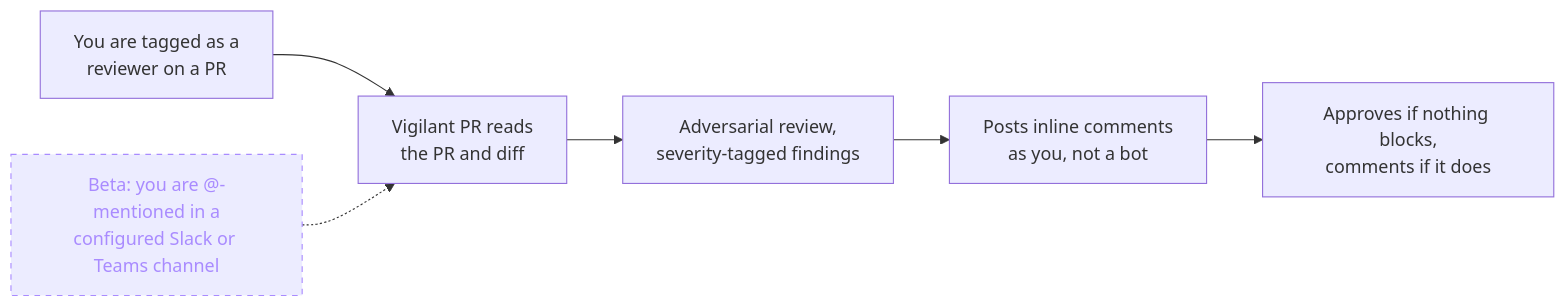
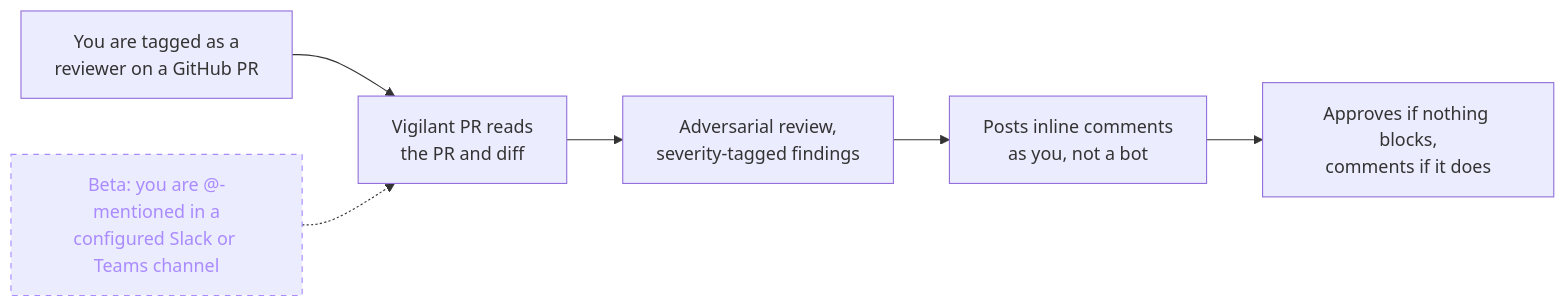
One commit to tllongdev/vigilant-pr changed the diagram in README.md. Above: the diagram before and after it, drawn with Mermaid.

Commit message:
README: clarify first flow box is a GitHub PR (GitHub-only for now)

````diff
--- a/README.md
+++ b/README.md
@@ -16,10 +16,10 @@
 ```mermaid
 flowchart LR
-    A["You are tagged as a<br/>reviewer on a PR"] --> B["Vigilant PR reads<br/>the PR and diff"]
+    A["You are tagged as a<br/>reviewer on a GitHub PR"] --> B["Vigilant PR reads<br/>the PR and diff"]
     A2["Beta: you are @-mentioned in a<br/>configured Slack or Teams channel"] -.-> B
     B --> C["Adversarial review,<br/>severity-tagged findings"]
     C --> D["Posts inline comments<br/>as you, not a bot"]
     D --> E["Approves if nothing blocks,<br/>comments if it does"]
     classDef beta stroke:#a98bff,color:#a98bff,stroke-dasharray:5 5;
     class A2 beta;
 ```
````
